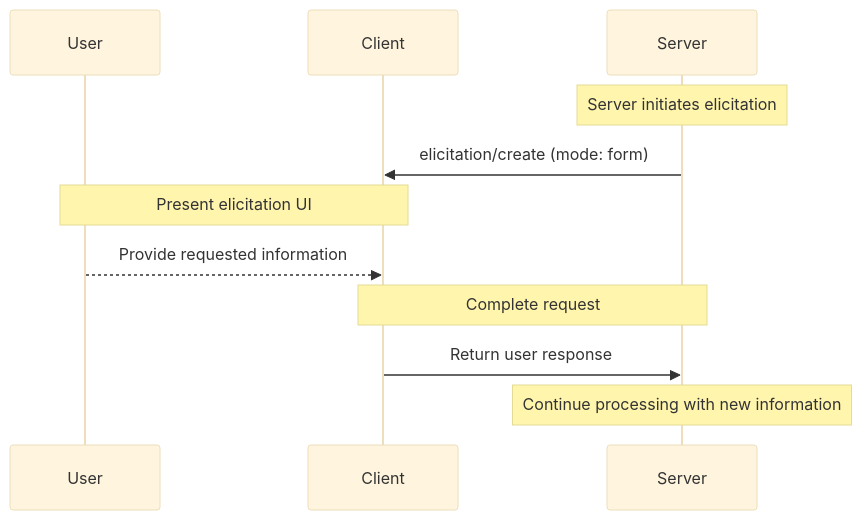
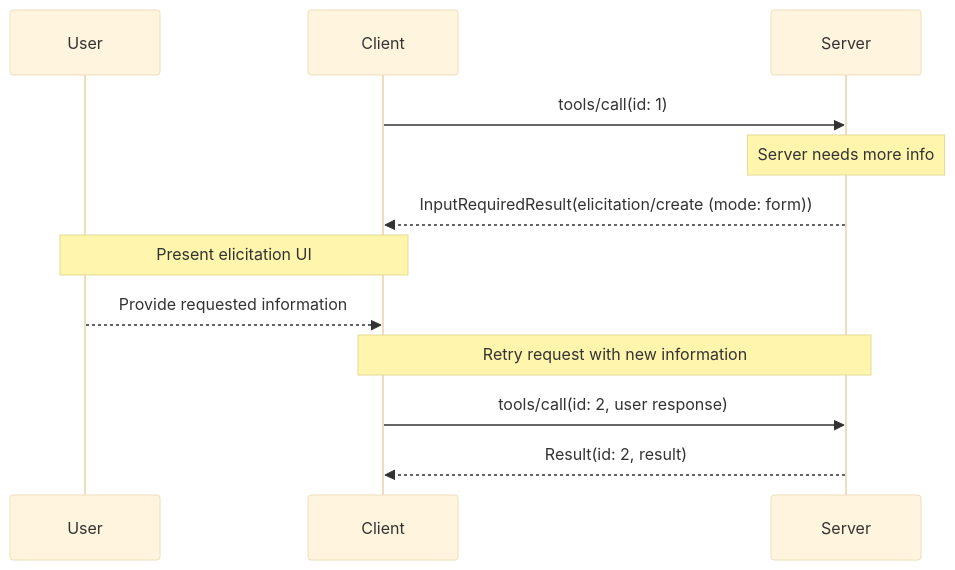
The first of 3 diagrams in mcp-typescript/references/repos/modelcontextprotocol/docs/specification/draft/client/elicitation.mdx (maguroid/skills), drawn with Mermaid (base theme) before and after one commit. The commit also changed other lines of this file and 2208 other files, not shown here.

````diff
--- a/mcp-typescript/references/repos/modelcontextprotocol/docs/specification/draft/client/elicitation.mdx
+++ b/mcp-typescript/references/repos/modelcontextprotocol/docs/specification/draft/client/elicitation.mdx
@@ -454,17 +389,17 @@
 ```mermaid
 sequenceDiagram
     participant User
     participant Client
     participant Server
 
-    Note over Server: Server initiates elicitation
-    Server->>Client: elicitation/create (mode: form)
+    Client->>Server: tools/call(id: 1)
+    note over Server: Server needs more info
+    Server-->>Client: InputRequiredResult(elicitation/create (mode: form))
 
     Note over User,Client: Present elicitation UI
     User-->>Client: Provide requested information
 
-    Note over Server,Client: Complete request
-    Client->>Server: Return user response
-
-    Note over Server: Continue processing with new information
+    Note over Server,Client: Retry request with new information
+    Client->>Server: tools/call(id: 2, user response)
+    Server-->>Client: Result(id: 2, result)
 ```
````
